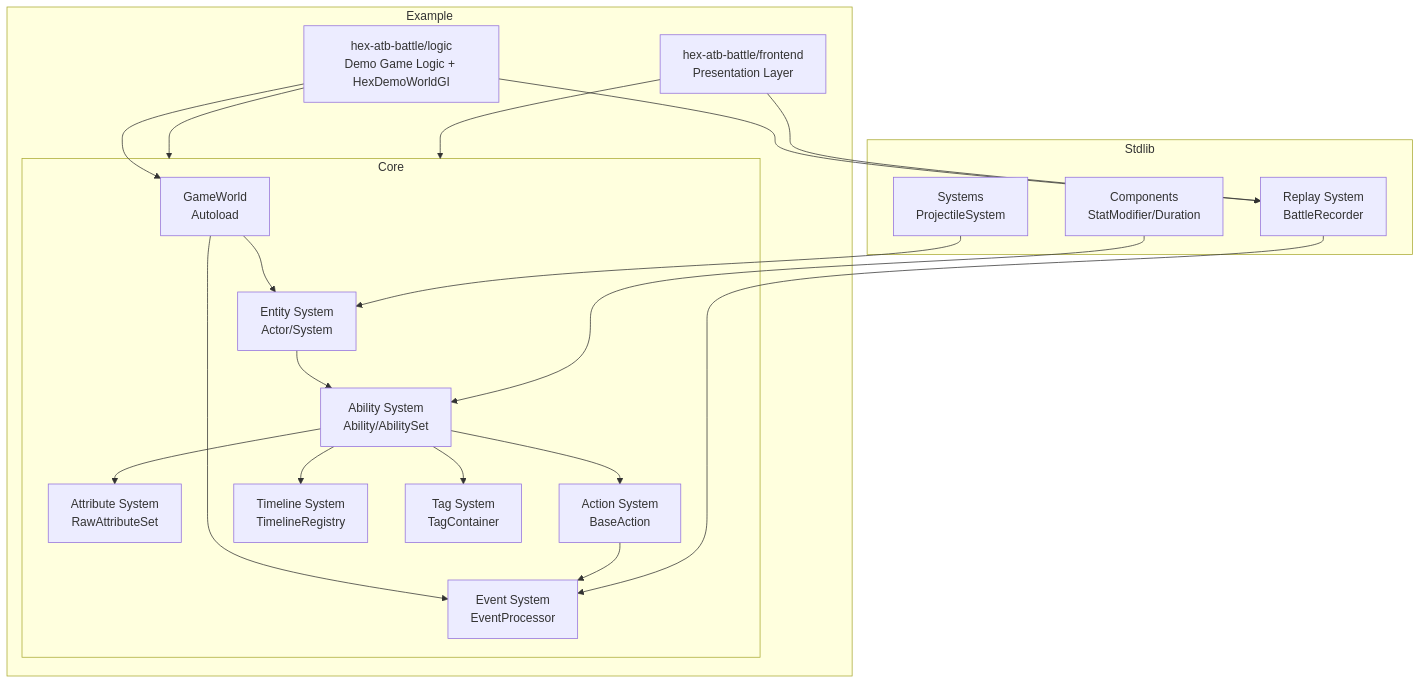
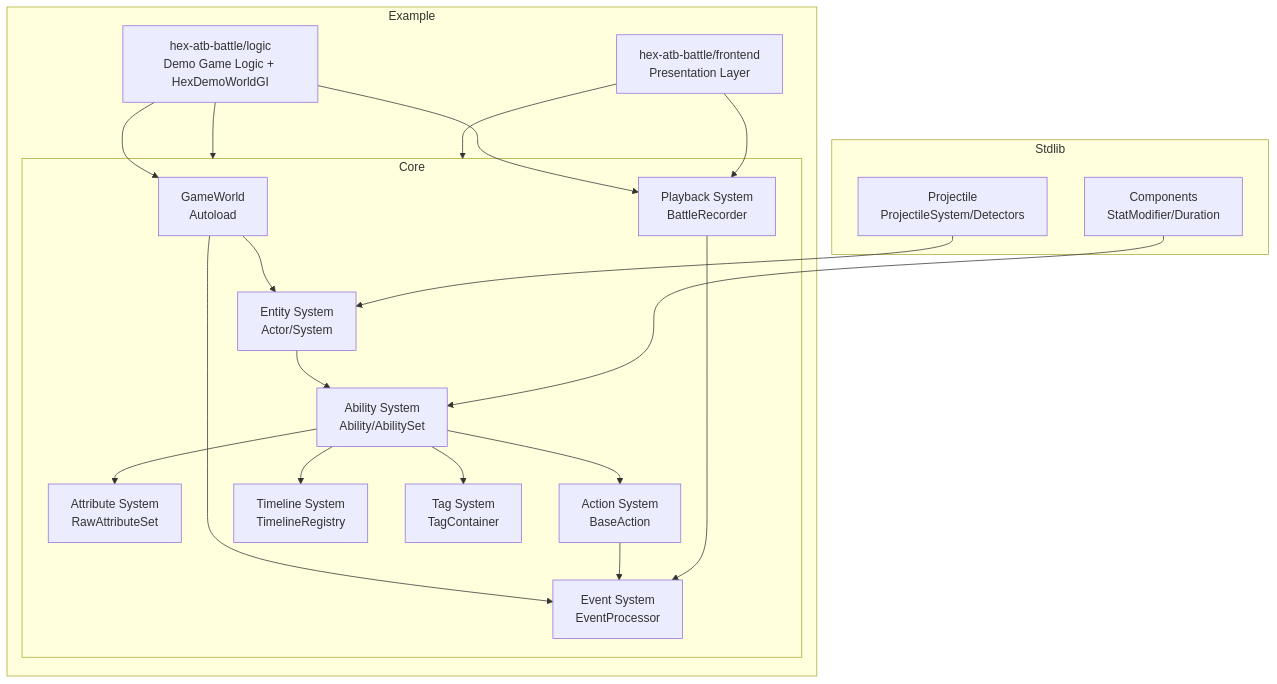
The diagram in logic-game-framework/AGENTS.md (15195999826/godot-addons), drawn with Mermaid before and after one commit. The commit also changed 36 other files, not shown here.

First line of the commit message:
轮A: 目录归位(recorder→core/playback、投射物→stdlib/projectile、hex WorldGI/Procedure→logic) + 文档漂移修正

````diff
--- a/logic-game-framework/AGENTS.md
+++ b/logic-game-framework/AGENTS.md
@@ -11,42 +11,42 @@
 ```mermaid
 graph TB
     subgraph "Core"
         World[GameWorld<br/>Autoload]
         Entity[Entity System<br/>Actor/System]
         Attributes[Attribute System<br/>RawAttributeSet]
         Abilities[Ability System<br/>Ability/AbilitySet]
         Events[Event System<br/>EventProcessor]
         Actions[Action System<br/>BaseAction]
         Timeline[Timeline System<br/>TimelineRegistry]
         Tags[Tag System<br/>TagContainer]
+        Playback[Playback System<br/>BattleRecorder]
     end
 
     subgraph "Stdlib"
         Components[Components<br/>StatModifier/Duration]
-        Systems[Systems<br/>ProjectileSystem]
-        Replay[Replay System<br/>BattleRecorder]
+        Projectile[Projectile<br/>ProjectileSystem/Detectors]
     end
 
     subgraph "Example"
         Core[hex-atb-battle/core<br/>Shared Events + WorldGI base]
         HexDemo[hex-atb-battle/logic<br/>Demo Game Logic + HexDemoWorldGI]
         Frontend[hex-atb-battle/frontend<br/>Presentation Layer]
     end
 
     World --> Entity
     World --> Events
     Entity --> Abilities
     Abilities --> Attributes
     Abilities --> Tags
     Abilities --> Actions
     Abilities --> Timeline
     Actions --> Events
     Components --> Abilities
-    Systems --> Entity
-    Replay --> Events
+    Projectile --> Entity
+    Playback --> Events
     HexDemo --> World
     HexDemo --> Core
-    HexDemo --> Replay
+    HexDemo --> Playback
     Frontend --> Core
-    Frontend --> Replay
+    Frontend --> Playback
 ```
````
